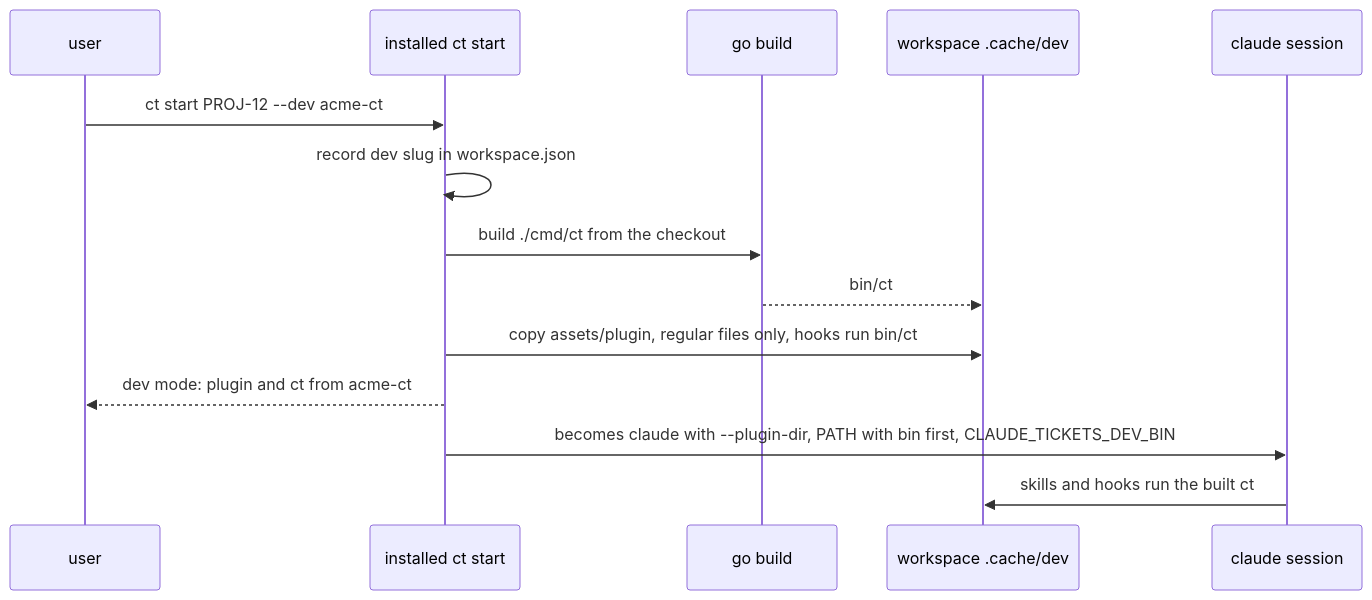
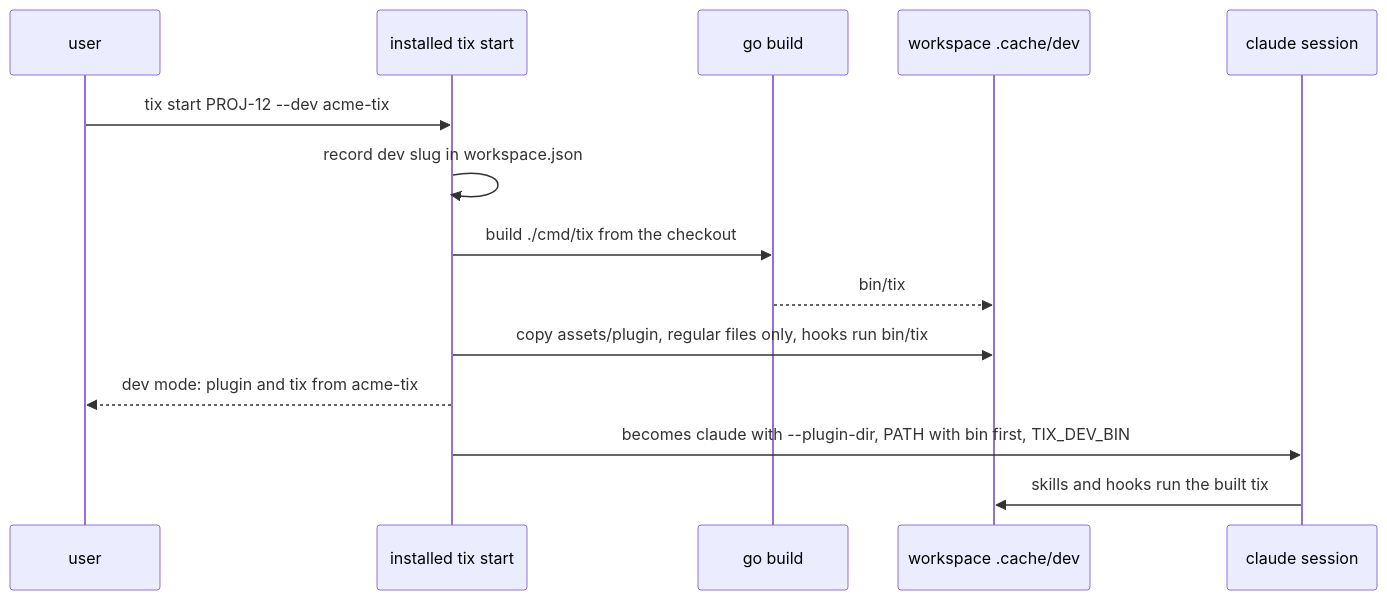
One commit to zero4573/claude-tickets changed the second of 2 diagrams in docs/workspace-and-vault.md. Above: the diagram before and after it, drawn with Mermaid. The commit also changed other lines of this file and 361 other files, not shown here.

First line of the commit message:
feat!: rename claude-tickets to tix and run sessions on kiro too

````diff
--- a/docs/workspace-and-vault.md
+++ b/docs/workspace-and-vault.md
@@ -80,16 +80,16 @@
 ```mermaid
 sequenceDiagram
   participant U as user
-  participant S as installed ct start
+  participant S as installed tix start
   participant G as go build
   participant W as workspace .cache/dev
   participant C as claude session
-  U->>S: ct start PROJ-12 --dev acme-ct
+  U->>S: tix start PROJ-12 --dev acme-tix
   S->>S: record dev slug in workspace.json
-  S->>G: build ./cmd/ct from the checkout
-  G-->>W: bin/ct
-  S->>W: copy assets/plugin, regular files only, hooks run bin/ct
-  S-->>U: dev mode: plugin and ct from acme-ct
-  S->>C: becomes claude with --plugin-dir, PATH with bin first, CLAUDE_TICKETS_DEV_BIN
-  C->>W: skills and hooks run the built ct
+  S->>G: build ./cmd/tix from the checkout
+  G-->>W: bin/tix
+  S->>W: copy assets/plugin, regular files only, hooks run bin/tix
+  S-->>U: dev mode: plugin and tix from acme-tix
+  S->>C: becomes claude with --plugin-dir, PATH with bin first, TIX_DEV_BIN
+  C->>W: skills and hooks run the built tix
 ```
````
